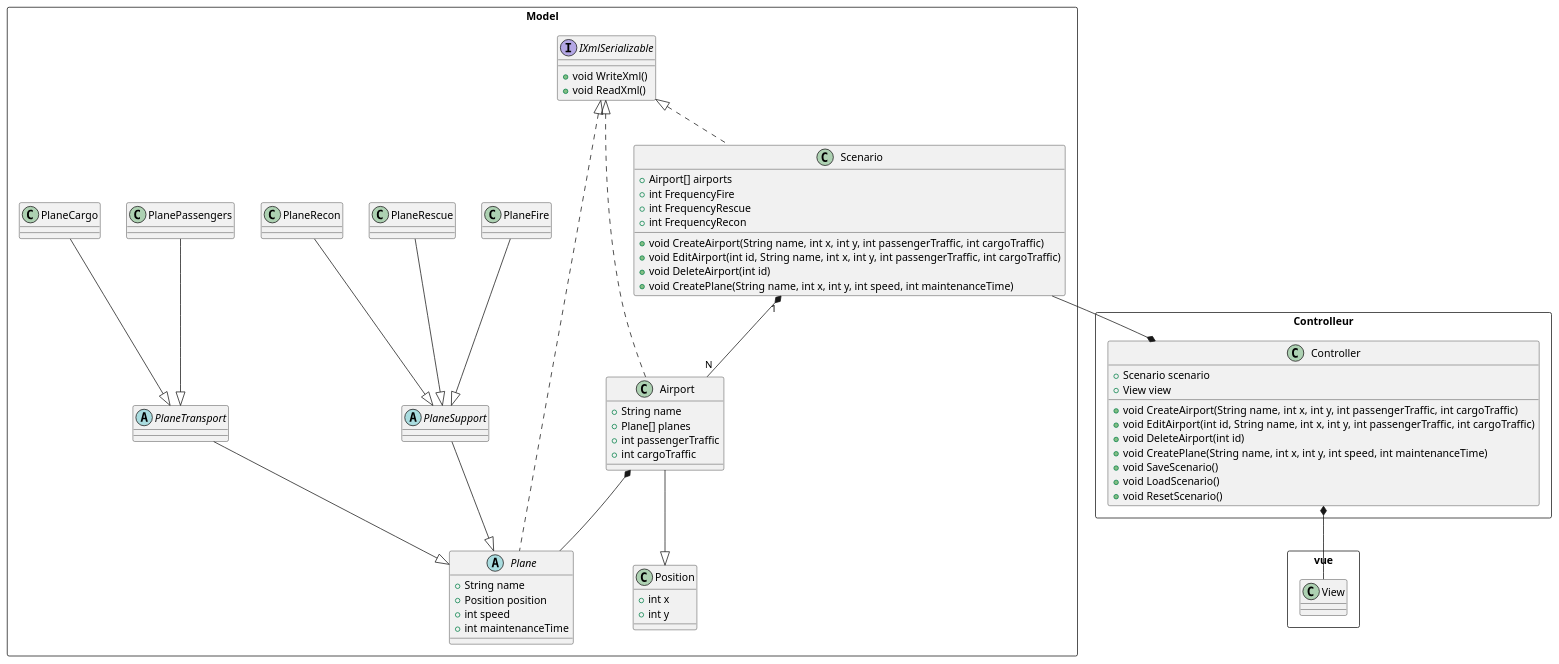
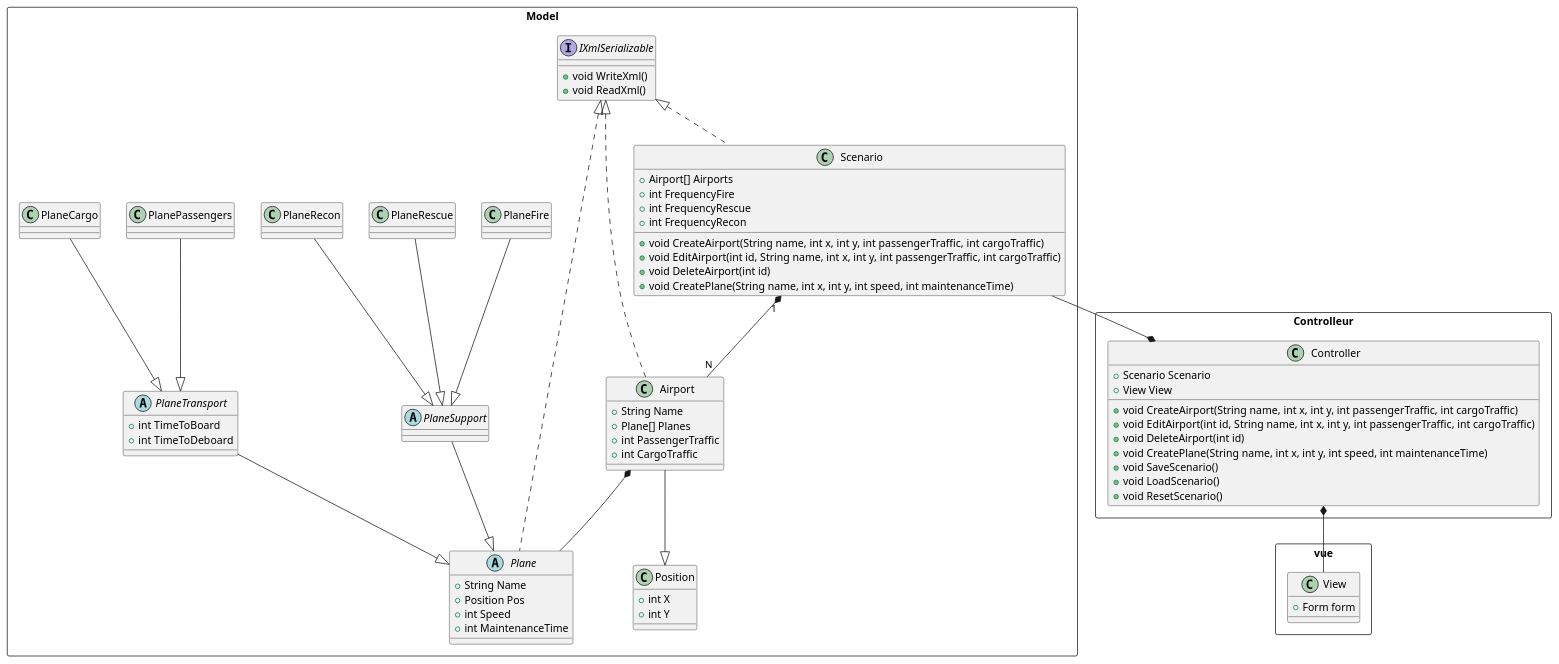
One commit to Homespore165/tututut changed the diagram in PlaneTP/Documentation/ClassDiagramGen.puml. Above: the diagram before and after it, drawn with PlantUML. The commit also changed 3 other files, not shown here.

```diff
--- a/PlaneTP/Documentation/ClassDiagramGen.puml
+++ b/PlaneTP/Documentation/ClassDiagramGen.puml
@@ -1,89 +1,90 @@
 @startuml
 
 rectangle vue {
-	class View { }
+	class View {
+		+Form form
+	}
 }
 
 rectangle Controlleur {
 class Controller {
-	+ Scenario scenario
-	+ View view
+	+ Scenario Scenario
+	+ View View
 	+ void CreateAirport(String name, int x, int y, int passengerTraffic, int cargoTraffic)
 	+ void EditAirport(int id, String name, int x, int y, int passengerTraffic, int cargoTraffic)
 	+ void DeleteAirport(int id)
 	+ void CreatePlane(String name, int x, int y, int speed, int maintenanceTime)
 	+ void SaveScenario()
 	+ void LoadScenario()
 	+ void ResetScenario()
 }
 }
 
 rectangle Model {
 class Scenario {
-	+ Airport[] airports 
+	+ Airport[] Airports 
 	+ int FrequencyFire
 	+ int FrequencyRescue
 	+ int FrequencyRecon
 	+ void CreateAirport(String name, int x, int y, int passengerTraffic, int cargoTraffic)
 	+ void EditAirport(int id, String name, int x, int y, int passengerTraffic, int cargoTraffic)
 	+ void DeleteAirport(int id)
 	+ void CreatePlane(String name, int x, int y, int speed, int maintenanceTime)
 }
 
 interface IXmlSerializable {
 	+ void WriteXml()
 	+ void ReadXml()
 }
 
 class Position {
-	+ int x
-	+ int y
+	+ int X
+	+ int Y
 }
 
-
 abstract class Plane {
-	+ String name
-	+ Position position
-	+ int speed
-	+ int maintenanceTime
+	+ String Name
+	+ Position Pos
+	+ int Speed
+	+ int MaintenanceTime
 }
 
 abstract class PlaneTransport {
+	+ int TimeToBoard
+	+ int TimeToDeboard
 }
 
 abstract class PlaneSupport {
 }
 
 class Airport {
-	+ String name
-	+ Plane[] planes
-	+ int passengerTraffic
-	+ int cargoTraffic
+	+ String Name
+	+ Plane[] Planes
+	+ int PassengerTraffic
+	+ int CargoTraffic
 }
 
 class PlaneCargo {}
 class PlaneRecon{}
 class PlanePassengers{}
 class PlaneFire{}
 class PlaneRescue{}
 }
-
-
 
 PlaneTransport --|> Plane
 PlaneSupport --|> Plane
 PlaneCargo --|> PlaneTransport
 PlanePassengers --|> PlaneTransport
 PlaneFire --|> PlaneSupport
 PlaneRescue --|> PlaneSupport
 PlaneRecon --|> PlaneSupport
 Airport --|> Position
 Airport *-- Plane
 Scenario "1" *-- "N" Airport
 Scenario --* Controller
 Controller *-- View
 
 IXmlSerializable <|-. Scenario
 IXmlSerializable <|-. Plane
 IXmlSerializable <|-. Airport
 @enduml
```
